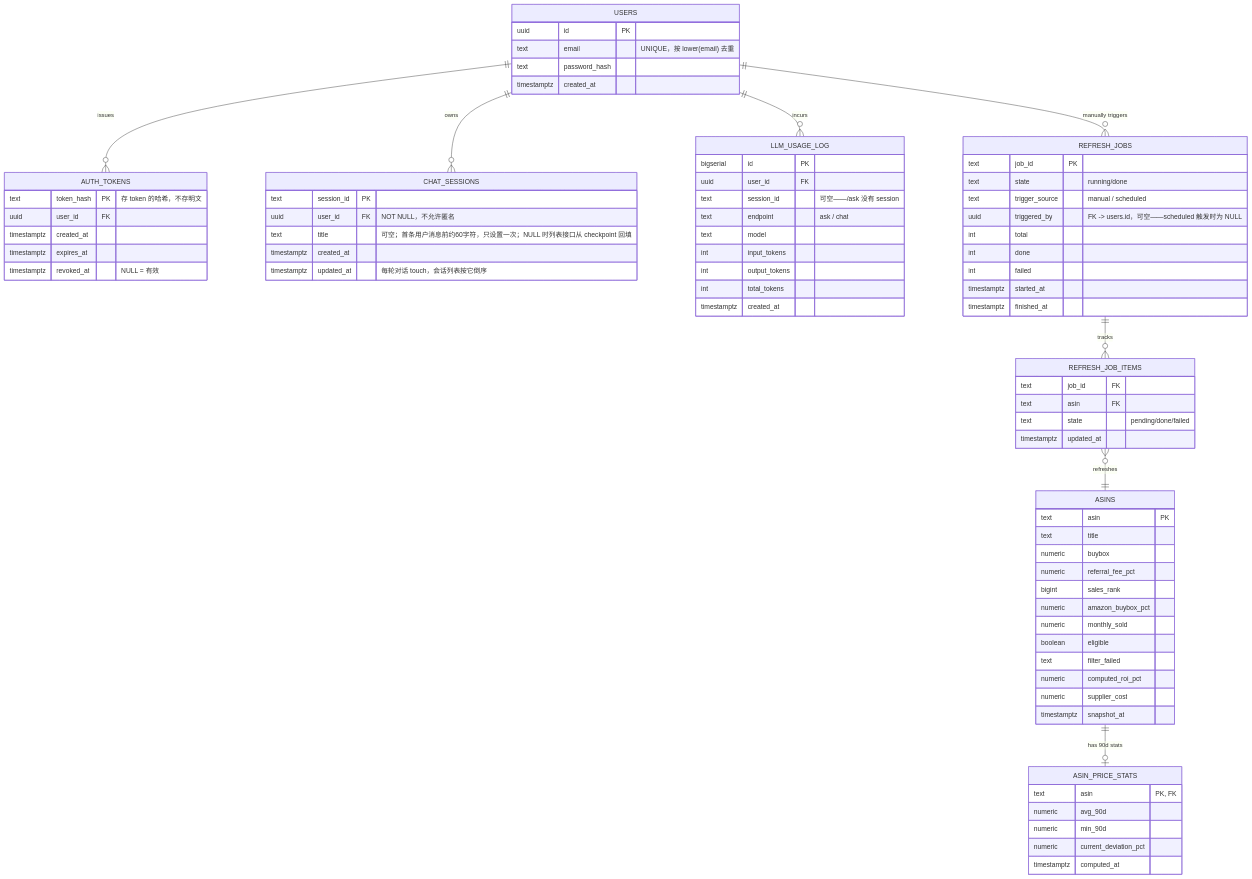
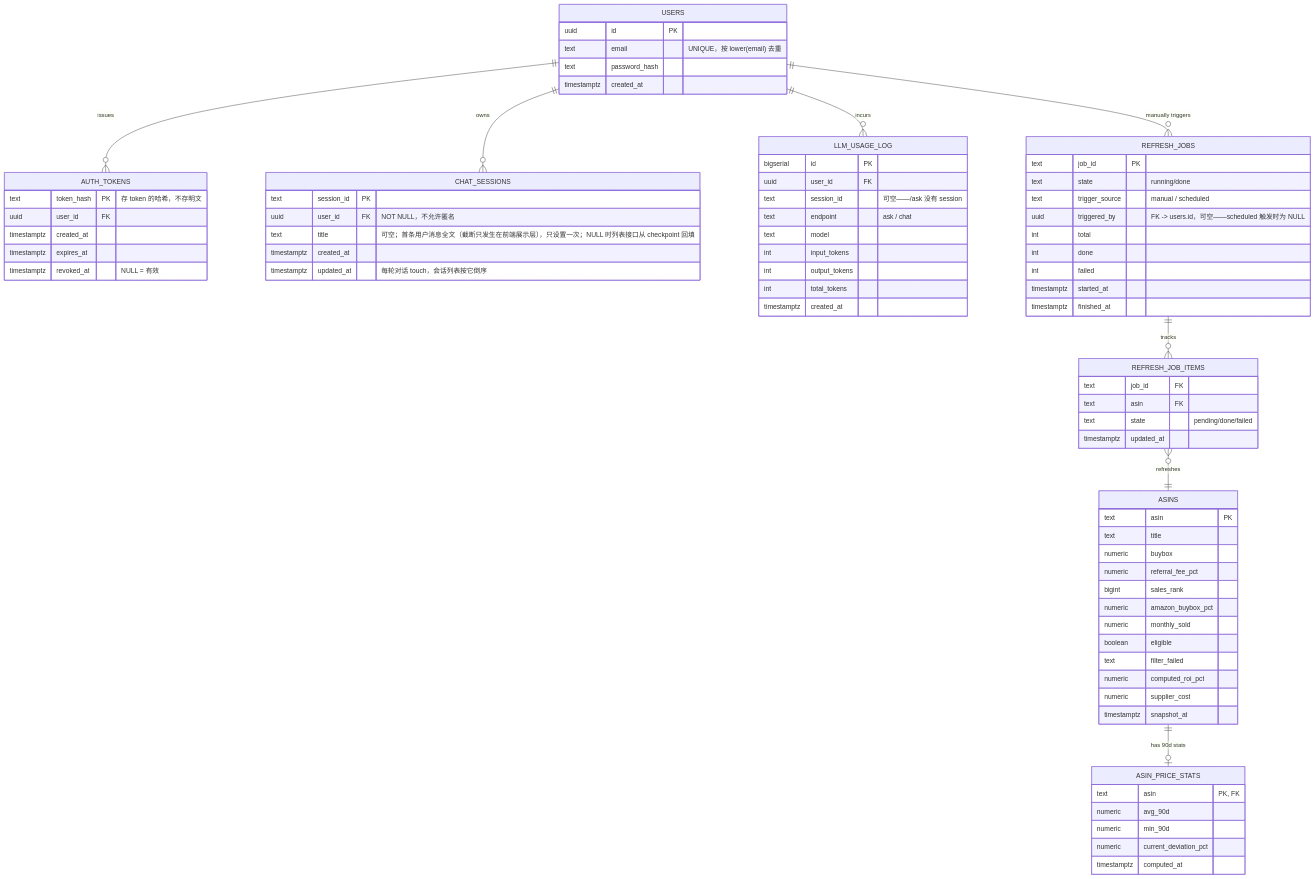
Before and after one commit to LURENYUANSHI/keepa_scout_challenge: the second of 7 diagrams in ARCHITECTURE.md, drawn with Mermaid. The commit also changed other lines of this file, not shown here.

````diff
--- a/ARCHITECTURE.md
+++ b/ARCHITECTURE.md
@@ -65,80 +65,80 @@
 ```mermaid
 erDiagram
     USERS ||--o{ AUTH_TOKENS : "issues"
     USERS ||--o{ CHAT_SESSIONS : "owns"
     USERS ||--o{ LLM_USAGE_LOG : "incurs"
     USERS ||--o{ REFRESH_JOBS : "manually triggers"
     REFRESH_JOBS ||--o{ REFRESH_JOB_ITEMS : "tracks"
     ASINS ||--o| ASIN_PRICE_STATS : "has 90d stats"
     REFRESH_JOB_ITEMS }o--|| ASINS : "refreshes"
 
     USERS {
         uuid id PK
         text email "UNIQUE，按 lower(email) 去重"
         text password_hash
         timestamptz created_at
     }
     AUTH_TOKENS {
         text token_hash PK "存 token 的哈希，不存明文"
         uuid user_id FK
         timestamptz created_at
         timestamptz expires_at
         timestamptz revoked_at "NULL = 有效"
     }
     CHAT_SESSIONS {
         text session_id PK
         uuid user_id FK "NOT NULL，不允许匿名"
-        text title "可空；首条用户消息前约60字符，只设置一次；NULL 时列表接口从 checkpoint 回填"
+        text title "可空；首条用户消息全文（截断只发生在前端展示层），只设置一次；NULL 时列表接口从 checkpoint 回填"
         timestamptz created_at
         timestamptz updated_at "每轮对话 touch，会话列表按它倒序"
     }
     LLM_USAGE_LOG {
         bigserial id PK
         uuid user_id FK
         text session_id "可空——/ask 没有 session"
         text endpoint "ask / chat"
         text model
         int input_tokens
         int output_tokens
         int total_tokens
         timestamptz created_at
     }
     ASINS {
         text asin PK
         text title
         numeric buybox
         numeric referral_fee_pct
         bigint sales_rank
         numeric amazon_buybox_pct
         numeric monthly_sold
         boolean eligible
         text filter_failed
         numeric computed_roi_pct
         numeric supplier_cost
         timestamptz snapshot_at
     }
     ASIN_PRICE_STATS {
         text asin "PK, FK"
         numeric avg_90d
         numeric min_90d
         numeric current_deviation_pct
         timestamptz computed_at
     }
     REFRESH_JOBS {
         text job_id PK
         text state "running/done"
         text trigger_source "manual / scheduled"
         uuid triggered_by "FK -> users.id，可空——scheduled 触发时为 NULL"
         int total
         int done
         int failed
         timestamptz started_at
         timestamptz finished_at
     }
     REFRESH_JOB_ITEMS {
         text job_id FK
         text asin FK
         text state "pending/done/failed"
         timestamptz updated_at
     }
 ```
````
